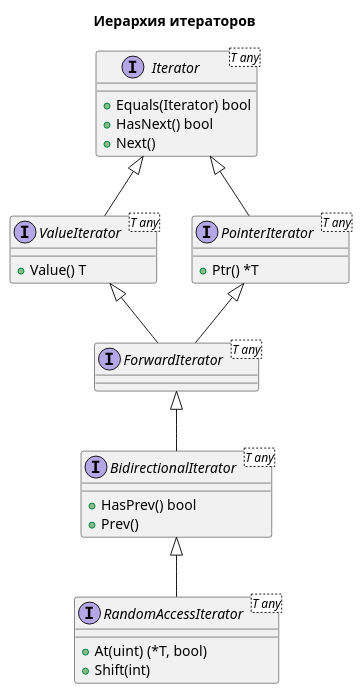
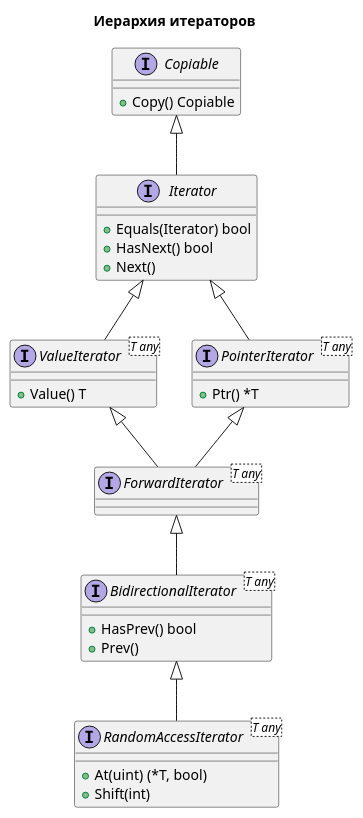
Before and after one commit to Delisa-sama/collections: the diagram in diagrams/iterator-hierarchy.puml, drawn with PlantUML. The commit also changed 2 other files, not shown here.

```diff
--- a/diagrams/iterator-hierarchy.puml
+++ b/diagrams/iterator-hierarchy.puml
@@ -1,40 +1,45 @@
 @startuml
 'https://plantuml.com/class-diagram
 
 title "Иерархия итераторов"
 
-interface Iterator<T any> {
+interface Copiable {
+    +Copy() Copiable
+}
+
+interface Iterator {
     +Equals(Iterator) bool
     +HasNext() bool
     +Next()
 }
 
 interface ValueIterator<T any> {
     +Value() T
 }
 
 interface PointerIterator<T any> {
     +Ptr() *T
 }
 
 interface ForwardIterator<T any> {}
 
 interface BidirectionalIterator<T any> {
     +HasPrev() bool
     +Prev()
 }
 
 interface RandomAccessIterator<T any> {
     +At(uint) (*T, bool)
     +Shift(int)
 }
 
+Copiable <|-- Iterator
 Iterator <|-- ValueIterator
 Iterator <|-- PointerIterator
 ValueIterator <|-- ForwardIterator
 PointerIterator <|-- ForwardIterator
 ForwardIterator <|-- BidirectionalIterator
 BidirectionalIterator <|-- RandomAccessIterator
 
 
 @enduml
```
